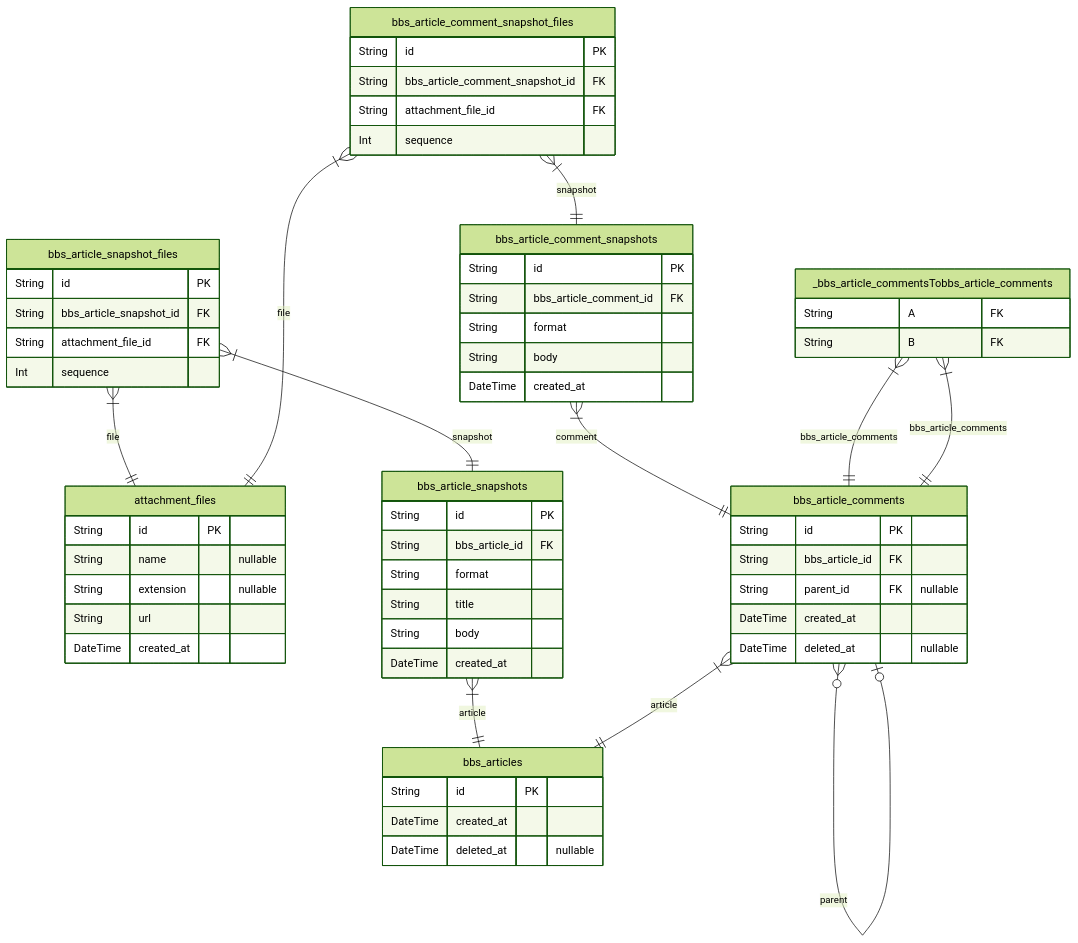
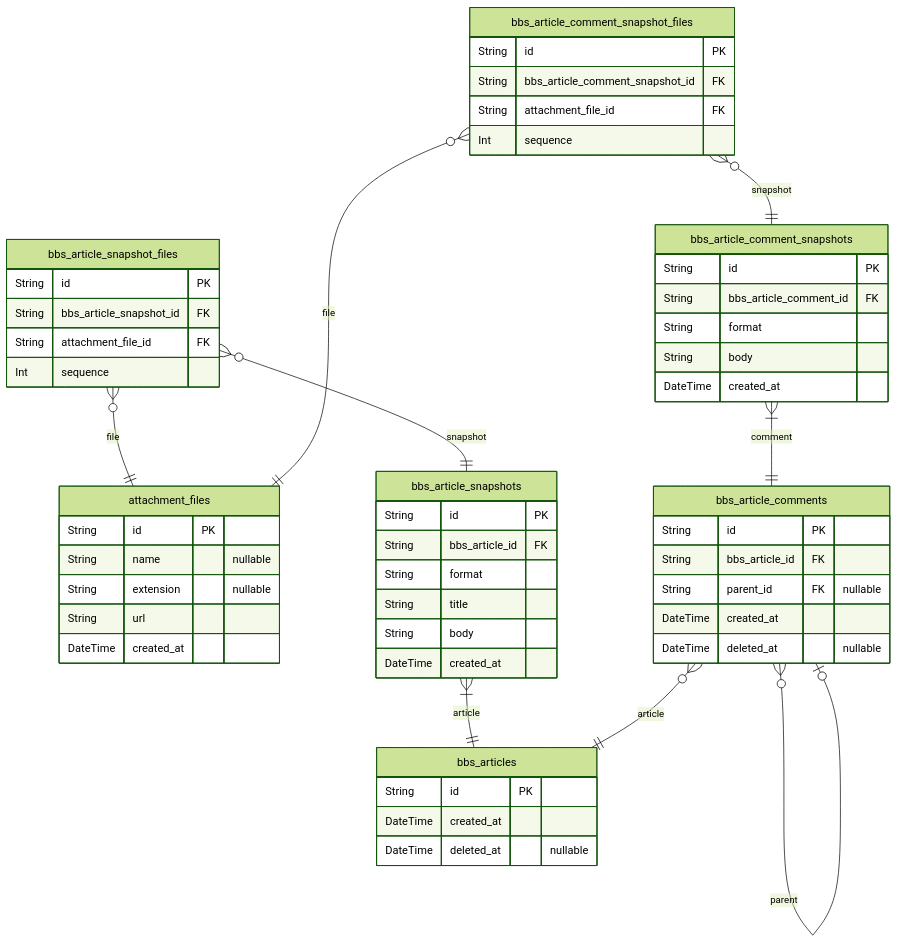
One commit to samchon/backend changed the diagram in docs/ERD.md. Above: the diagram before and after it, drawn with Mermaid (forest theme). The commit also changed other lines of this file and 14 other files, not shown here.

````diff
--- a/docs/ERD.md
+++ b/docs/ERD.md
@@ -8,63 +8,57 @@
 ```mermaid
 erDiagram
 "attachment_files" {
     String id PK
     String name "nullable"
     String extension "nullable"
     String url
     DateTime created_at
 }
 "bbs_articles" {
     String id PK
     DateTime created_at
     DateTime deleted_at "nullable"
 }
 "bbs_article_snapshots" {
     String id PK
     String bbs_article_id FK
     String format
     String title
     String body
     DateTime created_at
 }
 "bbs_article_snapshot_files" {
     String id PK
     String bbs_article_snapshot_id FK
     String attachment_file_id FK
     Int sequence
 }
 "bbs_article_comments" {
     String id PK
     String bbs_article_id FK
     String parent_id FK "nullable"
     DateTime created_at
     DateTime deleted_at "nullable"
 }
 "bbs_article_comment_snapshots" {
     String id PK
     String bbs_article_comment_id FK
     String format
     String body
     DateTime created_at
 }
 "bbs_article_comment_snapshot_files" {
     String id PK
     String bbs_article_comment_snapshot_id FK
     String attachment_file_id FK
     Int sequence
 }
-"_bbs_article_commentsTobbs_article_comments" {
-    String A FK
-    String B FK
-}
 "bbs_article_snapshots" }|--|| "bbs_articles" : article
-"bbs_article_snapshot_files" }|--|| "bbs_article_snapshots" : snapshot
-"bbs_article_snapshot_files" }|--|| "attachment_files" : file
-"bbs_article_comments" }|--|| "bbs_articles" : article
+"bbs_article_snapshot_files" }o--|| "bbs_article_snapshots" : snapshot
+"bbs_article_snapshot_files" }o--|| "attachment_files" : file
+"bbs_article_comments" }o--|| "bbs_articles" : article
 "bbs_article_comments" }o--o| "bbs_article_comments" : parent
 "bbs_article_comment_snapshots" }|--|| "bbs_article_comments" : comment
-"bbs_article_comment_snapshot_files" }|--|| "bbs_article_comment_snapshots" : snapshot
-"bbs_article_comment_snapshot_files" }|--|| "attachment_files" : file
-"_bbs_article_commentsTobbs_article_comments" }|--|| "bbs_article_comments" : bbs_article_comments
-"_bbs_article_commentsTobbs_article_comments" }|--|| "bbs_article_comments" : bbs_article_comments
+"bbs_article_comment_snapshot_files" }o--|| "bbs_article_comment_snapshots" : snapshot
+"bbs_article_comment_snapshot_files" }o--|| "attachment_files" : file
 ```
````
